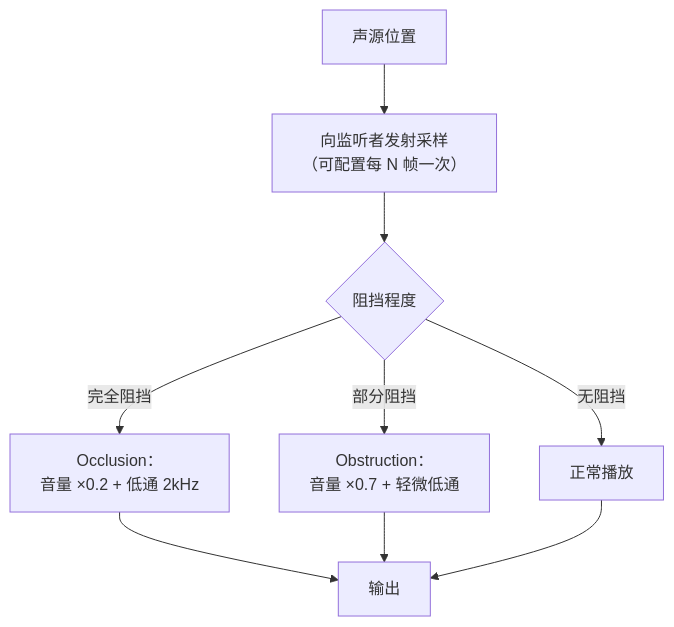
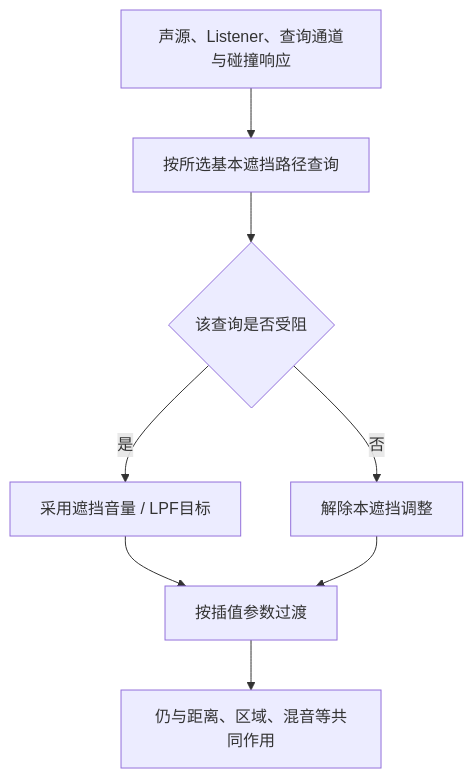
One commit to fantuan812/learning changed the fourth of 4 diagrams in 知识/04-图形动画与物理仿真/音频播放与程序化声音/02-衰减与3D空间音效.md. Above: the diagram before and after it, drawn with Mermaid. The commit also changed other lines of this file and 2 other files, not shown here.

````diff
--- a/知识/04-图形动画与物理仿真/音频播放与程序化声音/02-衰减与3D空间音效.md
+++ b/知识/04-图形动画与物理仿真/音频播放与程序化声音/02-衰减与3D空间音效.md
@@ -231,11 +217,10 @@
 ```mermaid
 flowchart TD
-    A["声源位置"] --> B["向监听者发射采样<br/>（可配置每 N 帧一次）"]
-    B --> C{"阻挡程度"}
-    C -->|"完全阻挡"| D["Occlusion：<br/>音量 ×0.2 + 低通 2kHz"]
-    C -->|"部分阻挡"| E["Obstruction：<br/>音量 ×0.7 + 轻微低通"]
-    C -->|"无阻挡"| F["正常播放"]
-    D --> G["输出"]
-    E --> G
-    F --> G
+    S["声源、Listener、查询通道与碰撞响应"] --> Q["按所选基本遮挡路径查询"]
+    Q --> B{"该查询是否受阻"}
+    B -->|"是"| T["采用遮挡音量 / LPF目标"]
+    B -->|"否"| U["解除本遮挡调整"]
+    T --> I["按插值参数过渡"]
+    U --> I
+    I --> O["仍与距离、区域、混音等共同作用"]
 ```
````
